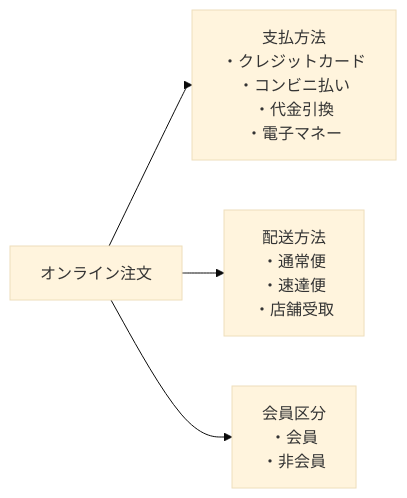
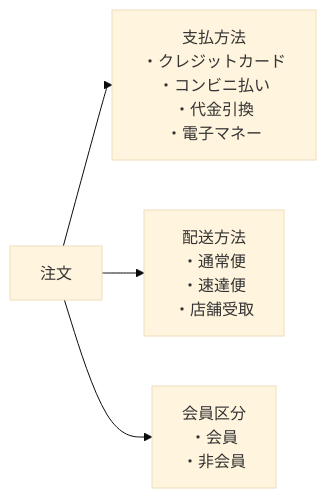
One commit to ozaki25/jstqb-foundation-training-ozaki25 changed the diagram in sites/al-ta/docs/lessons/lesson11/index.md. Above: the diagram before and after it, drawn with Mermaid (base theme). The commit also changed other lines of this file and 1 other file, not shown here.

Commit message:
WIP: AL-TA レッスン再レビューと E2E テスト作成の途中経過
Claude-Session: https://claude.ai/code/session_01XKdeC9Zwu72ngUkCnquCFi

````diff
--- a/sites/al-ta/docs/lessons/lesson11/index.md
+++ b/sites/al-ta/docs/lessons/lesson11/index.md
@@ -60,7 +60,7 @@
 ```mermaid
 %%{init: {"flowchart": {"rankSpacing": 10}}}%%
 flowchart LR
-    R[オンライン注文] --> P1[支払方法\n・クレジットカード\n・コンビニ払い\n・代金引換\n・電子マネー]
+    R[注文] --> P1[支払方法\n・クレジットカード\n・コンビニ払い\n・代金引換\n・電子マネー]
     R --> P2[配送方法\n・通常便\n・速達便\n・店舗受取]
     R --> P3[会員区分\n・会員\n・非会員]
 ```
````
